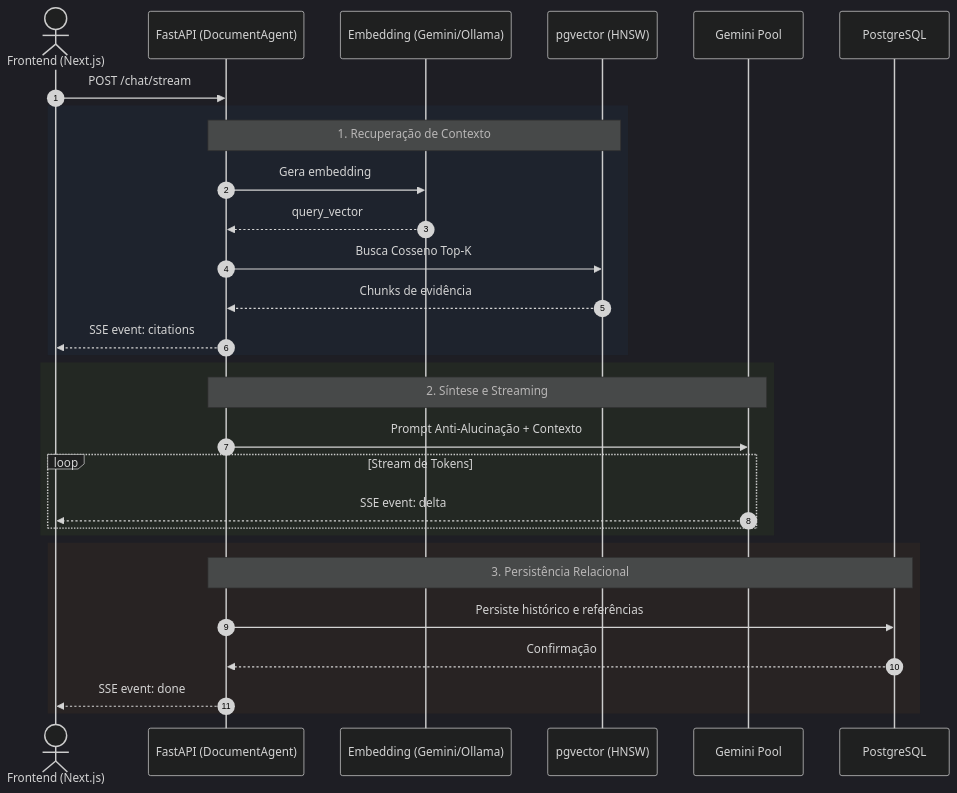
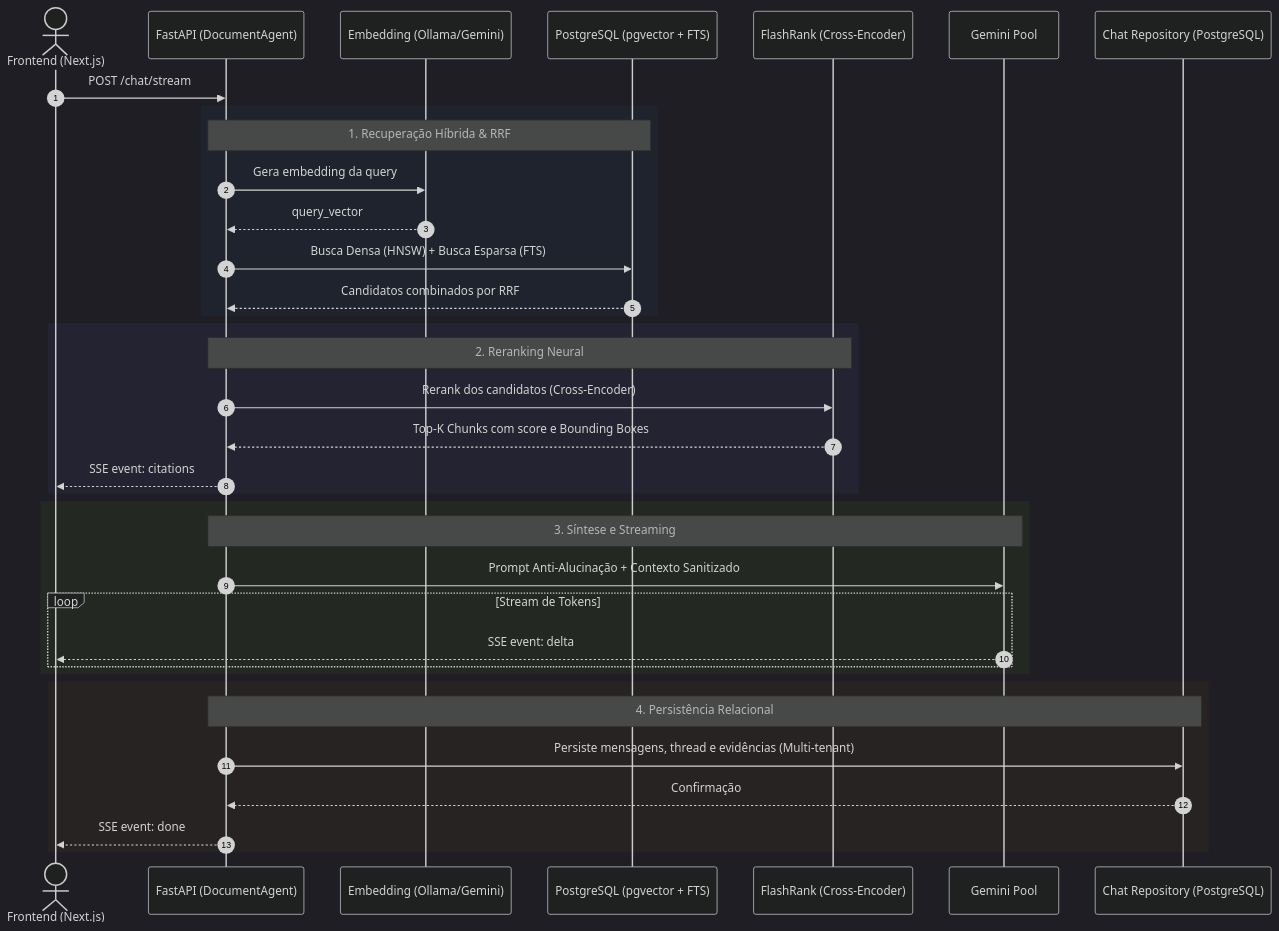
The third of 3 diagrams in readme.md (WMatias-Dev/document-ai-platform), drawn with Mermaid before and after one commit. The commit also changed other lines of this file, not shown here.

````diff
--- a/readme.md
+++ b/readme.md
@@ -156,37 +208,44 @@
 ```mermaid
 %%{init: {'theme': 'dark', 'themeVariables': { 'fontSize': '12px', 'darkMode': true }}}%%
 sequenceDiagram
     autonumber
     actor User as Frontend (Next.js)
     participant API as FastAPI (DocumentAgent)
-    participant Emb as Embedding (Gemini/Ollama)
-    participant Vec as pgvector (HNSW)
+    participant Emb as Embedding (Ollama/Gemini)
+    participant DB as PostgreSQL (pgvector + FTS)
+    participant RR as FlashRank (Cross-Encoder)
     participant LLM as Gemini Pool
-    participant DB as PostgreSQL
+    participant PG as Chat Repository (PostgreSQL)
 
     User->>API: POST /chat/stream
     
     rect rgb(30, 35, 45)
-        Note over API,Vec: 1. Recuperação de Contexto
-        API->>Emb: Gera embedding
+        Note over API,DB: 1. Recuperação Híbrida & RRF
+        API->>Emb: Gera embedding da query
         Emb-->>API: query_vector
-        API->>Vec: Busca Cosseno Top-K
-        Vec-->>API: Chunks de evidência
+        API->>DB: Busca Densa (HNSW) + Busca Esparsa (FTS)
+        DB-->>API: Candidatos combinados por RRF
+    end
+
+    rect rgb(35, 35, 50)
+        Note over API,RR: 2. Reranking Neural
+        API->>RR: Rerank dos candidatos (Cross-Encoder)
+        RR-->>API: Top-K Chunks com score e Bounding Boxes
         API-->>User: SSE event: citations
     end
 
     rect rgb(35, 40, 35)
-        Note over API,LLM: 2. Síntese e Streaming
-        API->>LLM: Prompt Anti-Alucinação + Contexto
+        Note over API,LLM: 3. Síntese e Streaming
+        API->>LLM: Prompt Anti-Alucinação + Contexto Sanitizado
         loop Stream de Tokens
             LLM-->>User: SSE event: delta
         end
     end
 
     rect rgb(40, 35, 35)
-        Note over API,DB: 3. Persistência Relacional
-        API->>DB: Persiste histórico e referências
-        DB-->>API: Confirmação
+        Note over API,PG: 4. Persistência Relacional
+        API->>PG: Persiste mensagens, thread e evidências (Multi-tenant)
+        PG-->>API: Confirmação
         API-->>User: SSE event: done
     end
 ```
````
